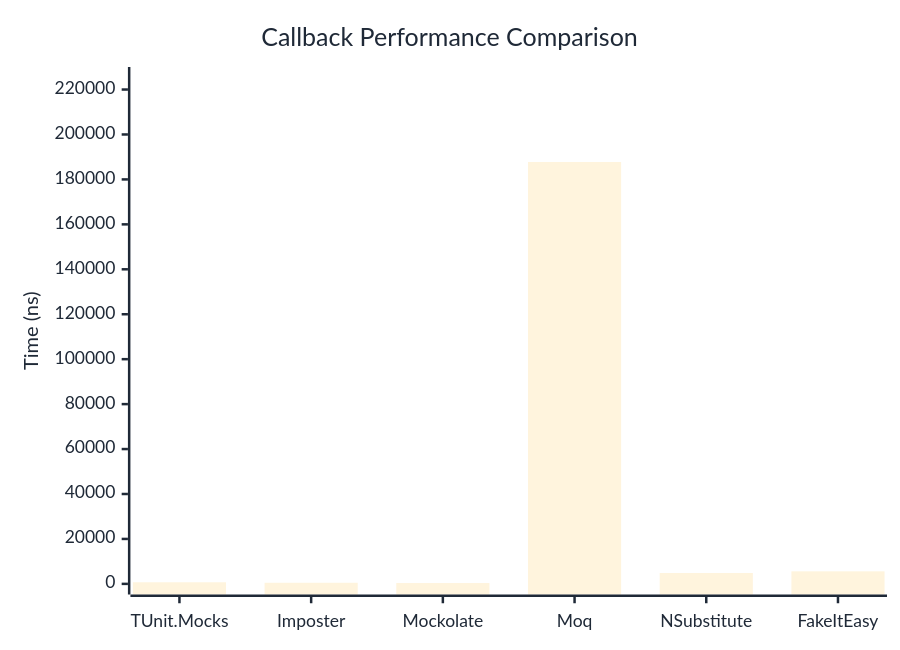
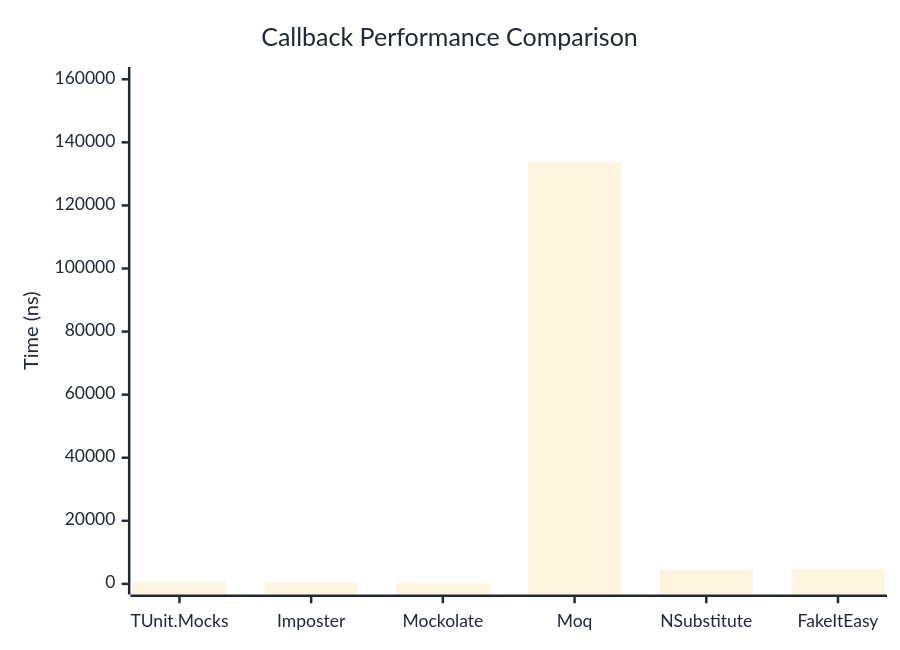
The first of 2 diagrams in docs/docs/benchmarks/mocks/Callback.md (thomhurst/TUnit), drawn with Mermaid before and after one commit. The commit also changed other lines of this file and 14 other files, not shown here.

````diff
--- a/docs/docs/benchmarks/mocks/Callback.md
+++ b/docs/docs/benchmarks/mocks/Callback.md
@@ -30,27 +30,27 @@
 ```mermaid
 %%{init: {
   'theme':'base',
   'themeVariables': {
     'primaryColor': '#2563eb',
     'primaryTextColor': '#1f2937',
     'primaryBorderColor': '#1e40af',
     'lineColor': '#6b7280',
     'secondaryColor': '#7c3aed',
     'tertiaryColor': '#dc2626',
     'background': '#ffffff',
     'pie1': '#2563eb',
     'pie2': '#7c3aed',
     'pie3': '#dc2626',
     'pie4': '#f59e0b',
     'pie5': '#10b981',
     'pie6': '#06b6d4',
     'pie7': '#ec4899',
     'pie8': '#6366f1'
   }
 }}%%
 xychart-beta
   title "Callback Performance Comparison"
   x-axis ["TUnit.Mocks", "Imposter", "Mockolate", "Moq", "NSubstitute", "FakeItEasy"]
-  y-axis "Time (ns)" 0 --> 225300
-  bar [705.9, 495, 374.5, 187749.2, 4849.4, 5577.3]
+  y-axis "Time (ns)" 0 --> 160525
+  bar [655.2, 471.4, 347.4, 133770.5, 4456.9, 4787.2]
 ```
````
